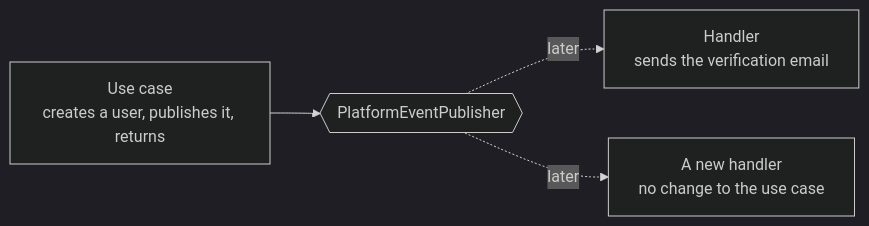
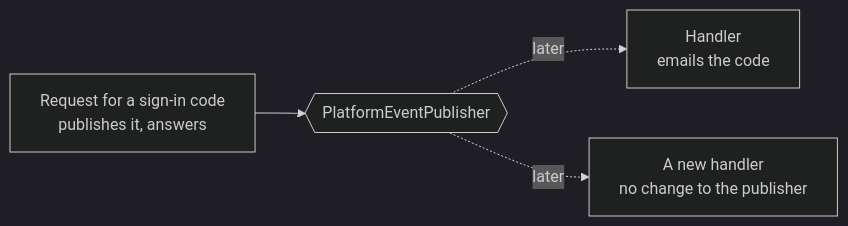
The first of 3 diagrams in docs/src/engineering/architecture/platform-events.md (mboisnard/drinkit), drawn with Mermaid (dark theme) before and after one commit. The commit also changed other lines of this file and 13 other files, not shown here.

Commit message:
[DOCUMENTATION] Explain the sign-in by a code sent by email, and where each piece lives (#586)

````diff
--- a/docs/src/engineering/architecture/platform-events.md
+++ b/docs/src/engineering/architecture/platform-events.md
@@ -20,6 +20,6 @@
 ```mermaid
 flowchart LR
-  usecase["Use case<br/>creates a user, publishes it, returns"] --> publisher{{PlatformEventPublisher}}
-  publisher -. later .-> email["Handler<br/>sends the verification email"]
-  publisher -. later .-> next["A new handler<br/>no change to the use case"]
+  request["Request for a sign-in code<br/>publishes it, answers"] --> publisher{{PlatformEventPublisher}}
+  publisher -. later .-> email["Handler<br/>emails the code"]
+  publisher -. later .-> next["A new handler<br/>no change to the publisher"]
 ```
````
